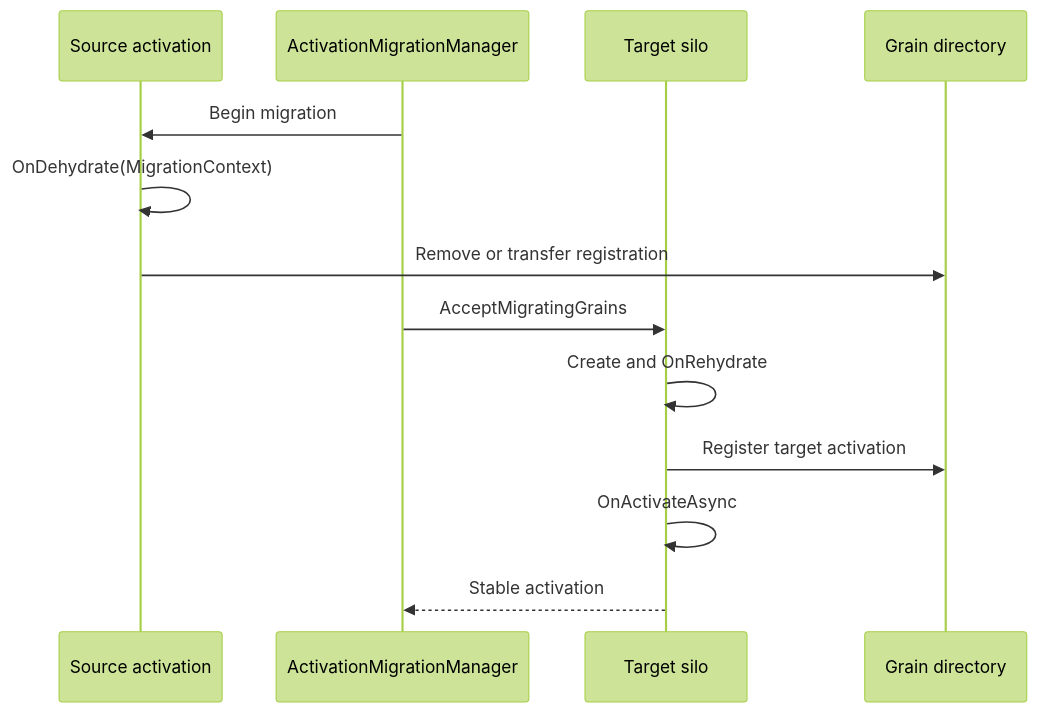
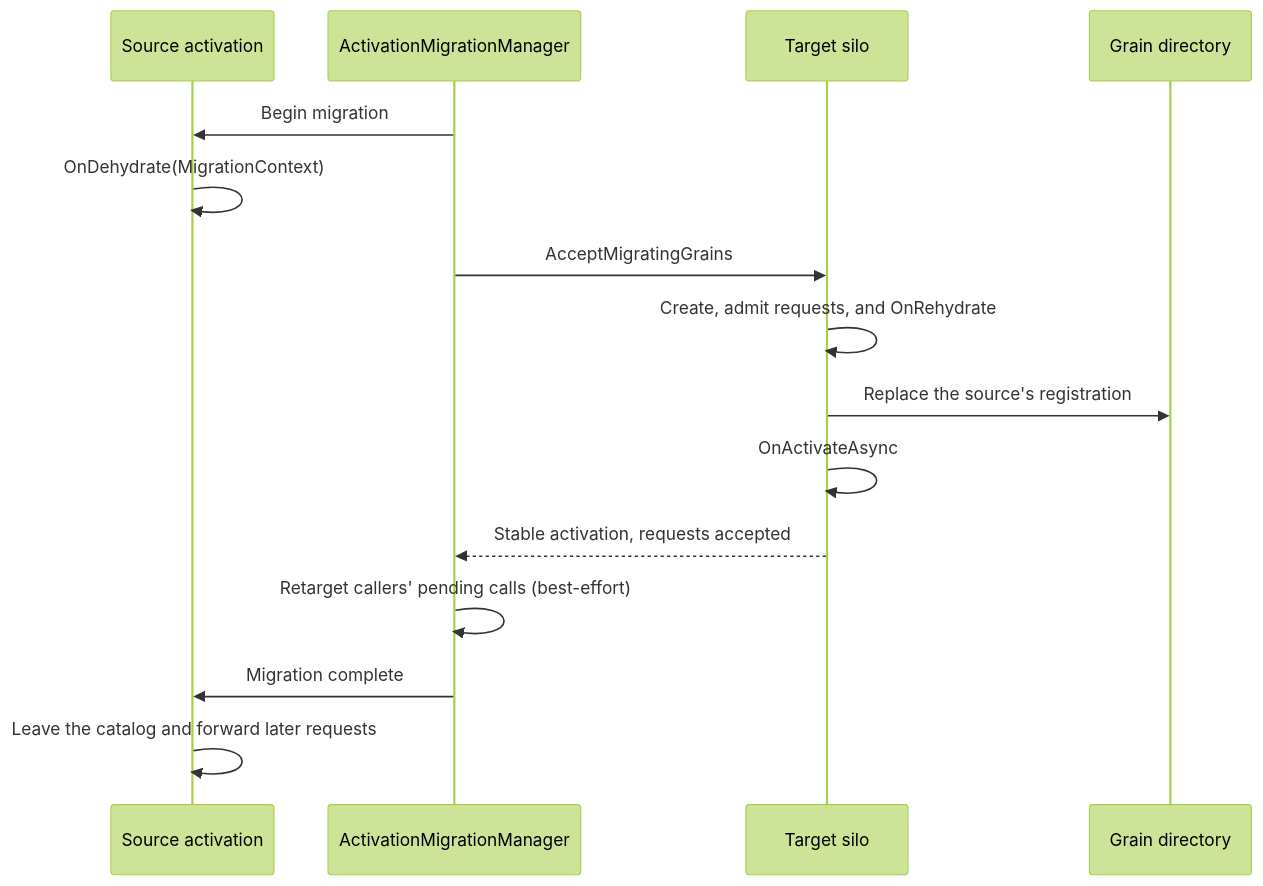
Before and after one commit to dotnet/orleans: the second of 2 diagrams in docs/site/src/content/docs/implementation/activation-lifecycle.md, drawn with Mermaid (forest theme). The commit also changed other lines of this file and 38 other files, not shown here.

````diff
--- a/docs/site/src/content/docs/implementation/activation-lifecycle.md
+++ b/docs/site/src/content/docs/implementation/activation-lifecycle.md
@@ -58,16 +72,18 @@
 ```mermaid
 sequenceDiagram
     participant Source as Source activation
     participant Manager as ActivationMigrationManager
     participant Target as Target silo
     participant Directory as Grain directory
 
     Manager->>Source: Begin migration
     Source->>Source: OnDehydrate(MigrationContext)
-    Source->>Directory: Remove or transfer registration
     Manager->>Target: AcceptMigratingGrains
-    Target->>Target: Create and OnRehydrate
-    Target->>Directory: Register target activation
+    Target->>Target: Create, admit requests, and OnRehydrate
+    Target->>Directory: Replace the source's registration
     Target->>Target: OnActivateAsync
-    Target-->>Manager: Stable activation
+    Target-->>Manager: Stable activation, requests accepted
+    Manager->>Manager: Retarget callers' pending calls (best-effort)
+    Manager->>Source: Migration complete
+    Source->>Source: Leave the catalog and forward later requests
 ```
````
